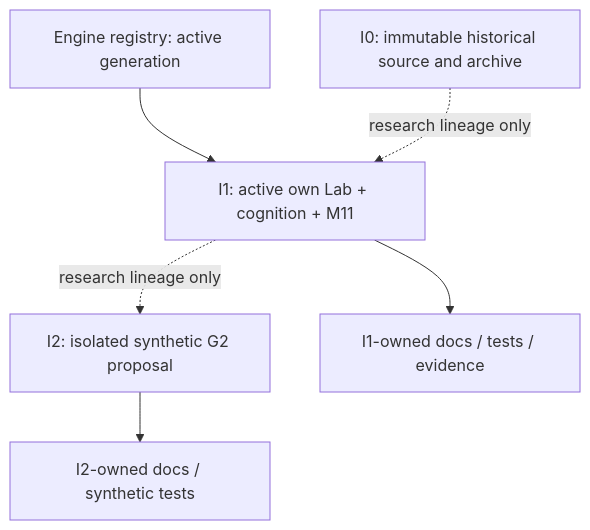
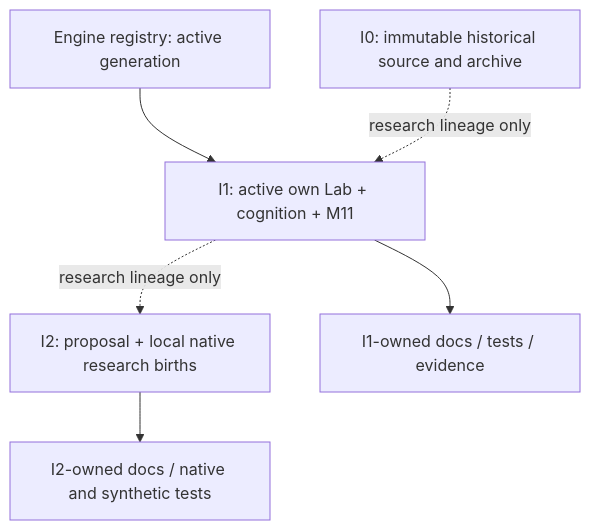
Before and after one commit to josselin-orta-lab/individual-zero: the first of 2 diagrams in docs/architecture/ATLAS.md, drawn with Mermaid. The commit also changed other lines of this file and 14 other files, not shown here.

First line of the commit message:
docs(i2): reconcile native research progress with agent entrypoints

````diff
--- a/docs/architecture/ATLAS.md
+++ b/docs/architecture/ATLAS.md
@@ -15,12 +15,12 @@
 ```mermaid
 flowchart TB
   R["Engine registry: active generation"]
   I0["I0: immutable historical source and archive"]
   I1["I1: active own Lab + cognition + M11"]
-  I2["I2: isolated synthetic G2 proposal"]
+  I2["I2: proposal + local native research births"]
   R --> I1
   I0 -. "research lineage only" .-> I1
   I1 -. "research lineage only" .-> I2
   I1 --> D1["I1-owned docs / tests / evidence"]
-  I2 --> D2["I2-owned docs / synthetic tests"]
+  I2 --> D2["I2-owned docs / native and synthetic tests"]
 ```
````
